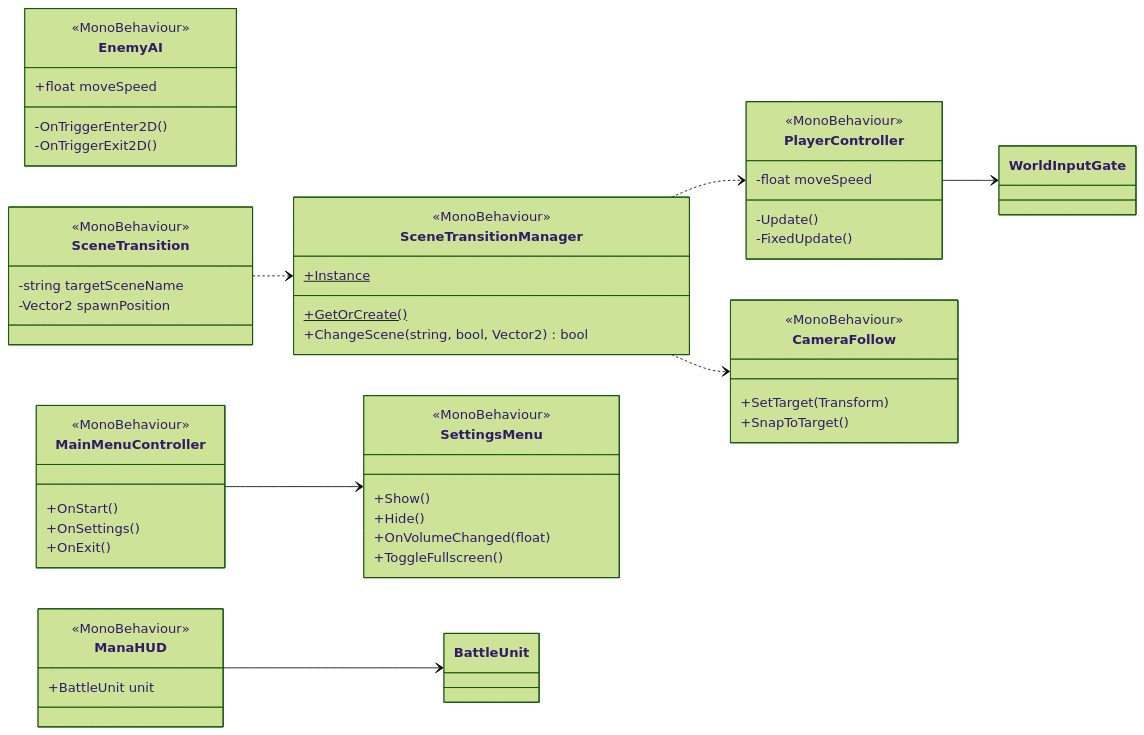
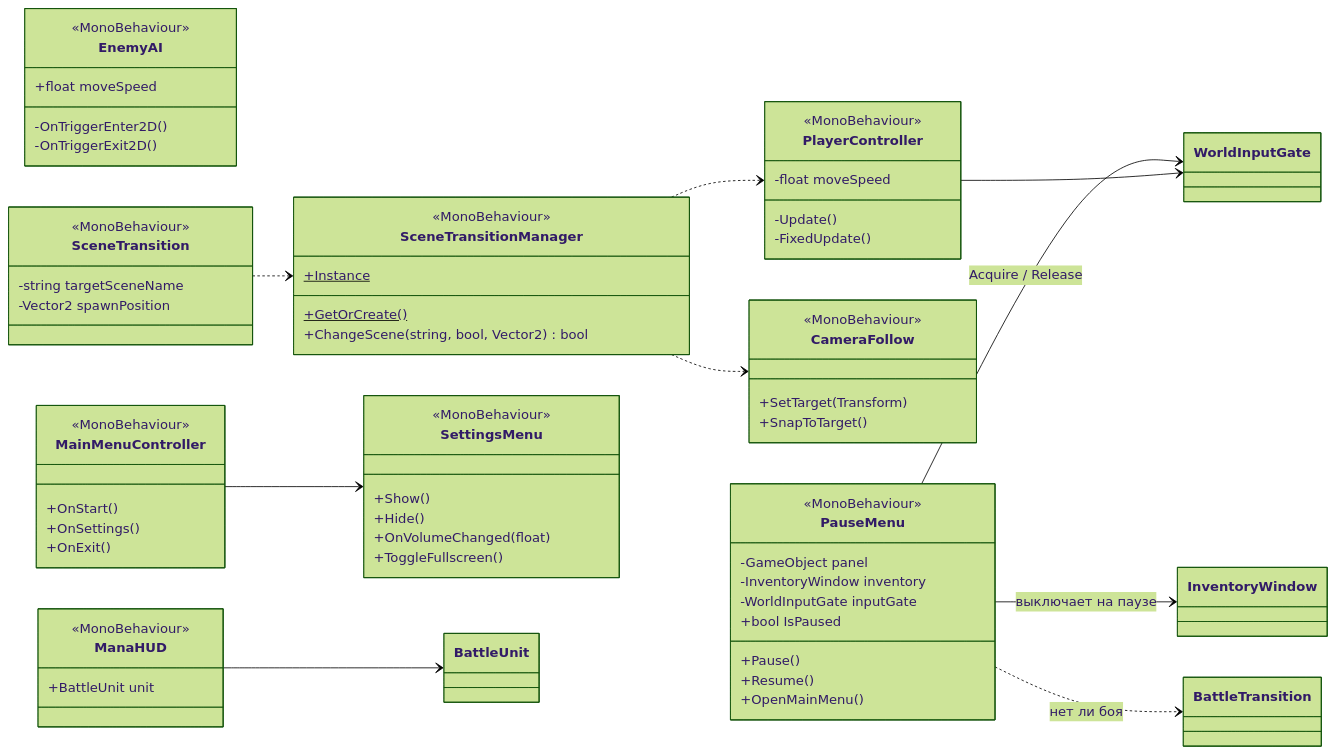
The fourth of 4 diagrams in Docs/03-class-diagram.md (Sm1le621/FalseMemory), drawn with Mermaid (forest theme) before and after one commit. The commit also changed other lines of this file and 19 other files, not shown here.

First line of the commit message:
feat: add pause menu, Excalibur boss loot and battle SFX

````diff
--- a/Docs/03-class-diagram.md
+++ b/Docs/03-class-diagram.md
@@ -347,55 +359,68 @@
 ```mermaid
 classDiagram
 direction LR
 class PlayerController {
   <<MonoBehaviour>>
   -float moveSpeed
   -Update()
   -FixedUpdate()
 }
 class EnemyAI {
   <<MonoBehaviour>>
   +float moveSpeed
   -OnTriggerEnter2D()
   -OnTriggerExit2D()
 }
 class CameraFollow {
   <<MonoBehaviour>>
   +SetTarget(Transform)
   +SnapToTarget()
 }
 class SceneTransition {
   <<MonoBehaviour>>
   -string targetSceneName
   -Vector2 spawnPosition
 }
 class SceneTransitionManager {
   <<MonoBehaviour>>
   +Instance$
   +GetOrCreate()$
   +ChangeScene(string, bool, Vector2) bool
 }
 class ManaHUD {
   <<MonoBehaviour>>
   +BattleUnit unit
 }
 class MainMenuController {
   <<MonoBehaviour>>
   +OnStart()
   +OnSettings()
   +OnExit()
 }
 class SettingsMenu {
   <<MonoBehaviour>>
   +Show()
   +Hide()
   +OnVolumeChanged(float)
   +ToggleFullscreen()
 }
+class PauseMenu {
+  <<MonoBehaviour>>
+  -GameObject panel
+  -InventoryWindow inventory
+  -WorldInputGate inputGate
+  +bool IsPaused
+  +Pause()
+  +Resume()
+  +OpenMainMenu()
+}
+PauseMenu --> InventoryWindow : выключает на паузе
+PauseMenu --> WorldInputGate : Acquire / Release
+PauseMenu ..> BattleTransition : нет ли боя
 PlayerController --> WorldInputGate
 SceneTransition ..> SceneTransitionManager
 SceneTransitionManager ..> CameraFollow
 SceneTransitionManager ..> PlayerController
 MainMenuController --> SettingsMenu
 ManaHUD --> BattleUnit
 ```
````
